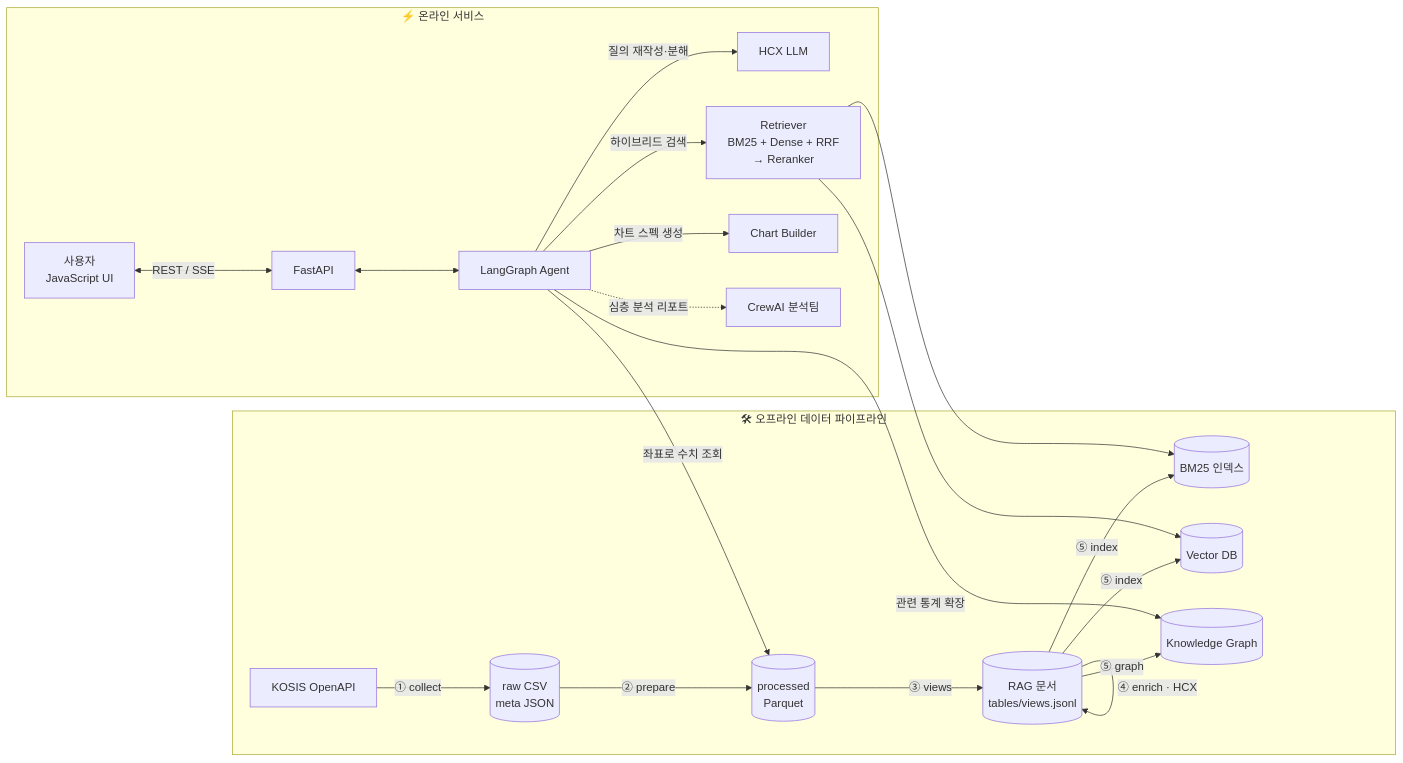
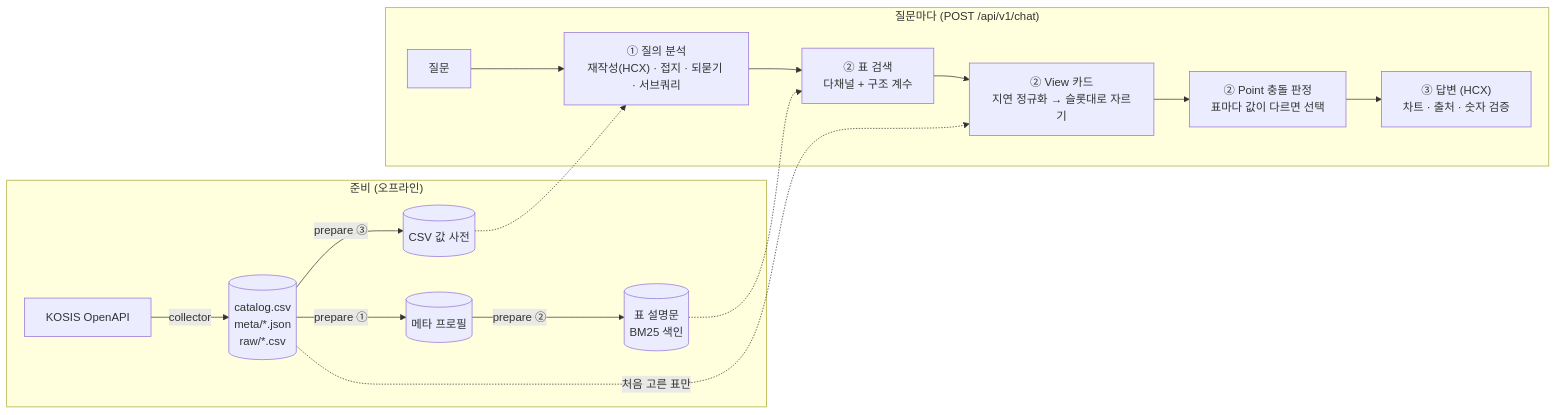
The diagram in README.md (T4-Core/t4core-stat-agent), drawn with Mermaid before and after one commit. The commit also changed other lines of this file and 295 other files, not shown here.

````diff
--- a/README.md
+++ b/README.md
@@ -31,24 +59,19 @@
 ```mermaid
 flowchart LR
-    subgraph OFFLINE["🛠 오프라인 데이터 파이프라인"]
-        A[KOSIS OpenAPI] -->|① collect| B[(raw CSV<br/>meta JSON)]
-        B -->|② prepare| C[(processed<br/>Parquet)]
-        C -->|③ views| D[(RAG 문서<br/>tables/views.jsonl)]
-        D -->|④ enrich · HCX| D
-        D -->|⑤ index| E[(BM25 인덱스)]
-        D -->|⑤ index| F[(Vector DB)]
-        D -->|⑤ graph| G[(Knowledge Graph)]
+    subgraph OFFLINE["준비 (오프라인)"]
+        K[KOSIS OpenAPI] -->|collector| R[(catalog.csv<br/>meta/*.json<br/>raw/*.csv)]
+        R -->|prepare ①| MP[(메타 프로필)]
+        MP -->|prepare ②| TI[(표 설명문<br/>BM25 색인)]
+        R -->|prepare ③| CI[(CSV 값 사전)]
     end
-
-    subgraph ONLINE["⚡ 온라인 서비스"]
-        U[사용자<br/>JavaScript UI] <-->|REST / SSE| API[FastAPI]
-        API <--> AG[LangGraph Agent]
-        AG -->|질의 재작성·분해| HCX[HCX LLM]
-        AG -->|하이브리드 검색| R[Retriever<br/>BM25 + Dense + RRF<br/>→ Reranker]
-        R --> E & F
-        AG -->|관련 통계 확장| G
-        AG -->|좌표로 수치 조회| C
-        AG -->|차트 스펙 생성| CH[Chart Builder]
-        AG -.->|심층 분석 리포트| CR[CrewAI 분석팀]
+    subgraph ONLINE["질문마다 (POST /api/v1/chat)"]
+        Q[질문] --> A["① 질의 분석<br/>재작성(HCX) · 접지 · 되묻기 · 서브쿼리"]
+        A --> S["② 표 검색<br/>다채널 + 구조 계수"]
+        S --> V["② View 카드<br/>지연 정규화 → 슬롯대로 자르기"]
+        V --> C["② Point 충돌 판정<br/>표마다 값이 다르면 선택"]
+        C --> AN["③ 답변 (HCX)<br/>차트 · 출처 · 숫자 검증"]
     end
+    CI -.-> A
+    TI -.-> S
+    R -.->|처음 고른 표만| V
 ```
````
